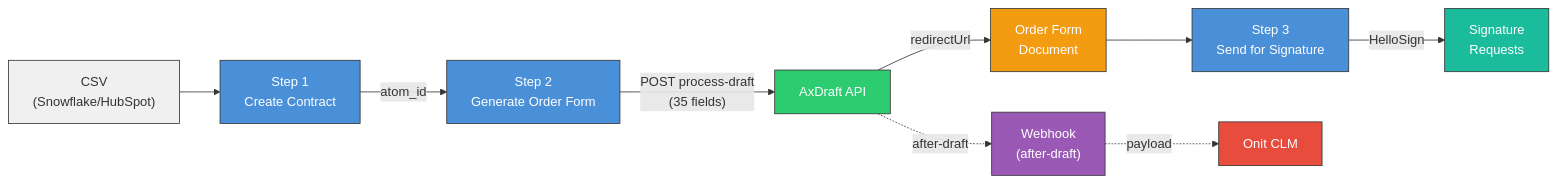
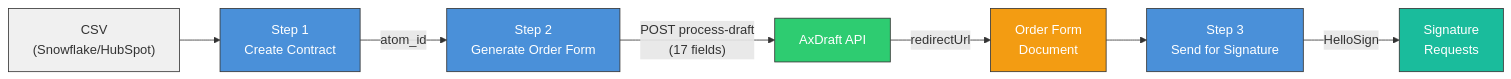
One commit to ahmedyassineconsumerdirect/cd-onit-contract-api changed the diagram in README.md. Above: the diagram before and after it, drawn with Mermaid. The commit also changed other lines of this file and 2 other files, not shown here.

First line of the commit message:
Refine AxDraft API integration to 17 confirmed fields

````diff
--- a/README.md
+++ b/README.md
@@ -15,27 +15,22 @@
 ```mermaid
 flowchart LR
     CSV["CSV\n(Snowflake/HubSpot)"]
     S1["Step 1\nCreate Contract"]
     S2["Step 2\nGenerate Order Form"]
     S3["Step 3\nSend for Signature"]
-    WH["Webhook\n(after-draft)"]
 
     CSV --> S1
     S1 -->|"atom_id"| S2
-    S2 -->|"POST process-draft\n(35 fields)"| AXD["AxDraft API"]
+    S2 -->|"POST process-draft\n(17 fields)"| AXD["AxDraft API"]
     AXD -->|"redirectUrl"| DOC["Order Form\nDocument"]
-    AXD -.->|"after-draft"| WH
-    WH -.->|"payload"| ONIT["Onit CLM"]
     DOC --> S3
     S3 -->|"HelloSign"| SIG["Signature\nRequests"]
 
     style CSV fill:#f0f0f0,stroke:#333
     style S1 fill:#4a90d9,stroke:#333,color:#fff
     style S2 fill:#4a90d9,stroke:#333,color:#fff
     style S3 fill:#4a90d9,stroke:#333,color:#fff
     style AXD fill:#2ecc71,stroke:#333,color:#fff
     style DOC fill:#f39c12,stroke:#333,color:#fff
-    style WH fill:#9b59b6,stroke:#333,color:#fff
-    style ONIT fill:#e74c3c,stroke:#333,color:#fff
     style SIG fill:#1abc9c,stroke:#333,color:#fff
 ```
````
